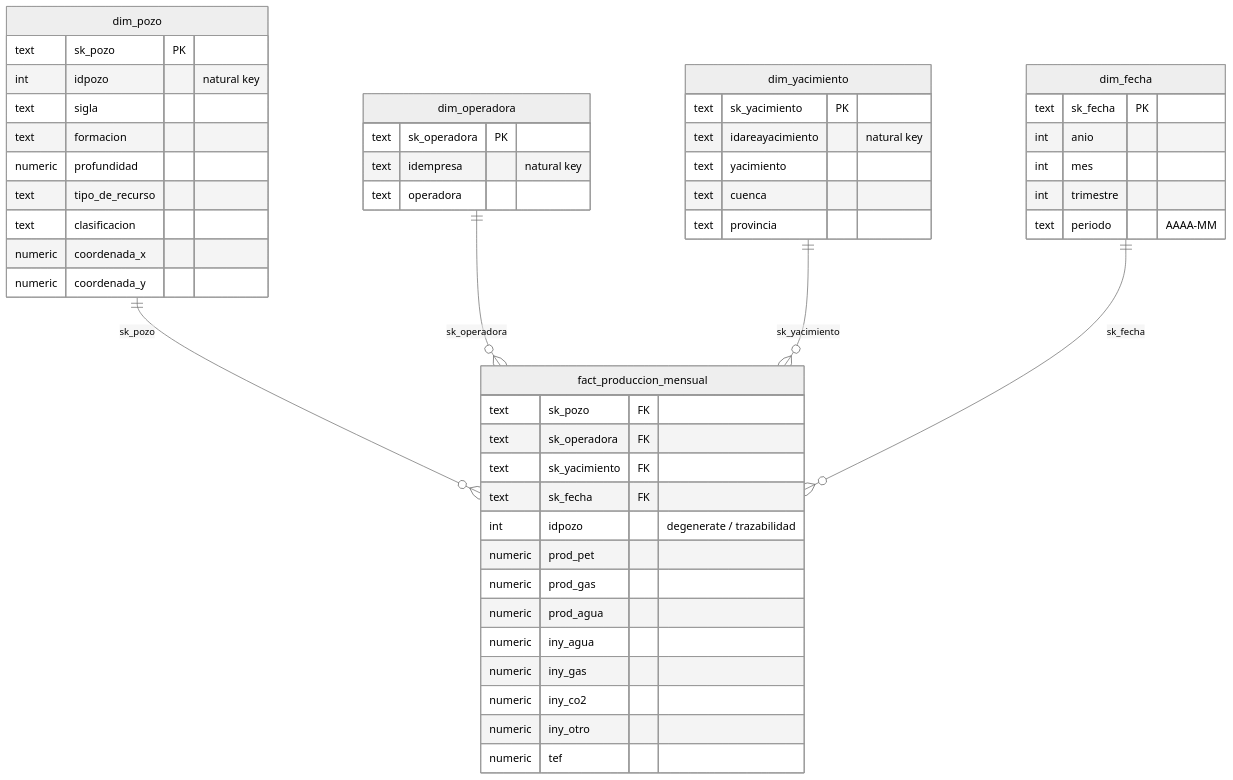
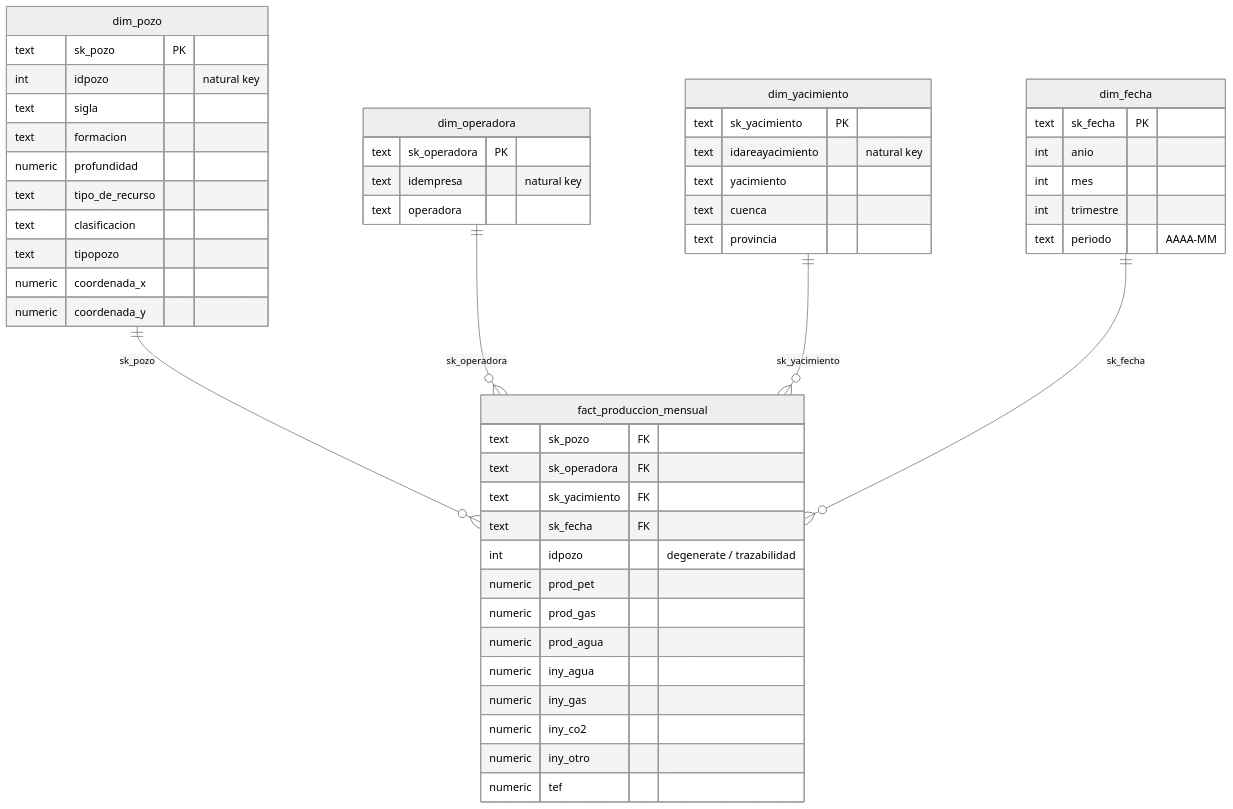
The diagram in docs/data-model.md (tommycass/oil-production-forecasting-platform), drawn with Mermaid (neutral theme) before and after one commit. The commit also changed other lines of this file, not shown here.

Commit message:
docs(data-model): documentar tipopozo en dim_pozo

````diff
--- a/docs/data-model.md
+++ b/docs/data-model.md
@@ -34,53 +34,54 @@
 ```mermaid
 erDiagram
     dim_pozo        ||--o{ fact_produccion_mensual : "sk_pozo"
     dim_operadora   ||--o{ fact_produccion_mensual : "sk_operadora"
     dim_yacimiento  ||--o{ fact_produccion_mensual : "sk_yacimiento"
     dim_fecha       ||--o{ fact_produccion_mensual : "sk_fecha"
 
     fact_produccion_mensual {
         text    sk_pozo FK
         text    sk_operadora FK
         text    sk_yacimiento FK
         text    sk_fecha FK
         int     idpozo "degenerate / trazabilidad"
         numeric prod_pet
         numeric prod_gas
         numeric prod_agua
         numeric iny_agua
         numeric iny_gas
         numeric iny_co2
         numeric iny_otro
         numeric tef
     }
     dim_pozo {
         text    sk_pozo PK
         int     idpozo "natural key"
         text    sigla
         text    formacion
         numeric profundidad
         text    tipo_de_recurso
         text    clasificacion
+        text    tipopozo
         numeric coordenada_x
         numeric coordenada_y
     }
     dim_operadora {
         text    sk_operadora PK
         text    idempresa "natural key"
         text    operadora
     }
     dim_yacimiento {
         text    sk_yacimiento PK
         text    idareayacimiento "natural key"
         text    yacimiento
         text    cuenca
         text    provincia
     }
     dim_fecha {
         text    sk_fecha PK
         int     anio
         int     mes
         int     trimestre
         text    periodo "AAAA-MM"
     }
 ```
````
